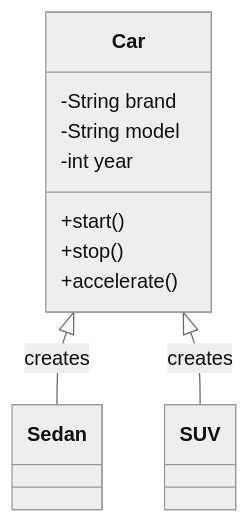
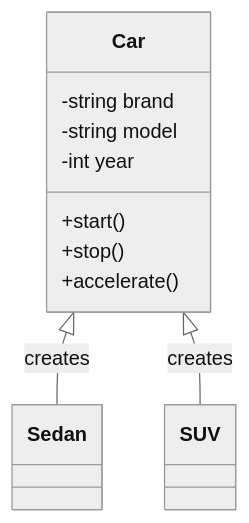
One commit to KnowledgeCenterYoutube/LLD changed the first of 2 diagrams in topics/01-oop-fundamentals/classes-and-objects.md. Above: the diagram before and after it, drawn with Mermaid (neutral theme). The commit also changed other lines of this file and 3 other files, not shown here.

````diff
--- a/topics/01-oop-fundamentals/classes-and-objects.md
+++ b/topics/01-oop-fundamentals/classes-and-objects.md
@@ -17,13 +17,13 @@
 ```mermaid
 classDiagram
     class Car {
-        -String brand
-        -String model
+        -string brand
+        -string model
         -int year
         +start()
         +stop()
         +accelerate()
     }
     Car <|-- Sedan : creates
     Car <|-- SUV : creates
 ```
````
